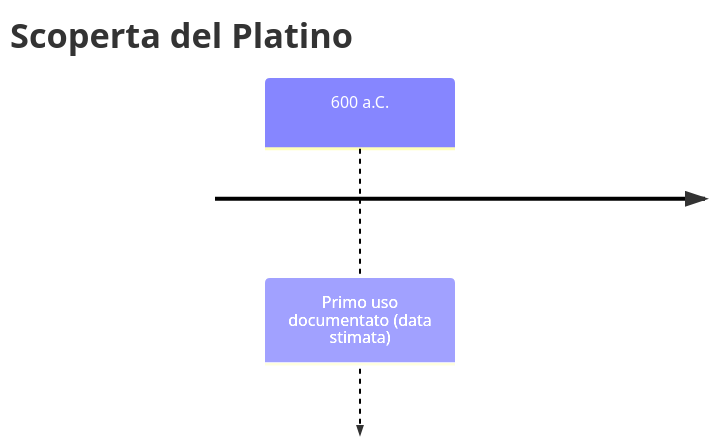
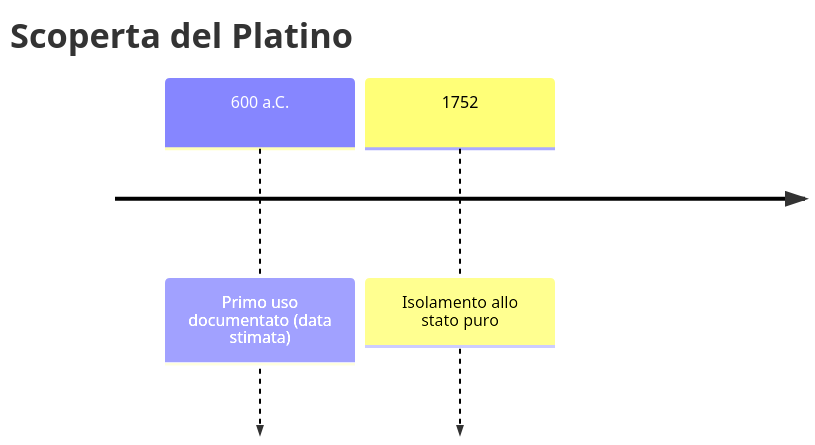
The first of 3 diagrams in vault/Elementi/Platino.md (gianlucaciarcelluti/elements-caos), drawn with Mermaid before and after one commit. The commit also changed other lines of this file and 11 other files, not shown here.

````diff
--- a/vault/Elementi/Platino.md
+++ b/vault/Elementi/Platino.md
@@ -28,5 +28,6 @@
 ```mermaid
 timeline
     title Scoperta del Platino
     600 a.C. : Primo uso documentato (data stimata)
+    1752 : Isolamento allo stato puro
 ```
````
